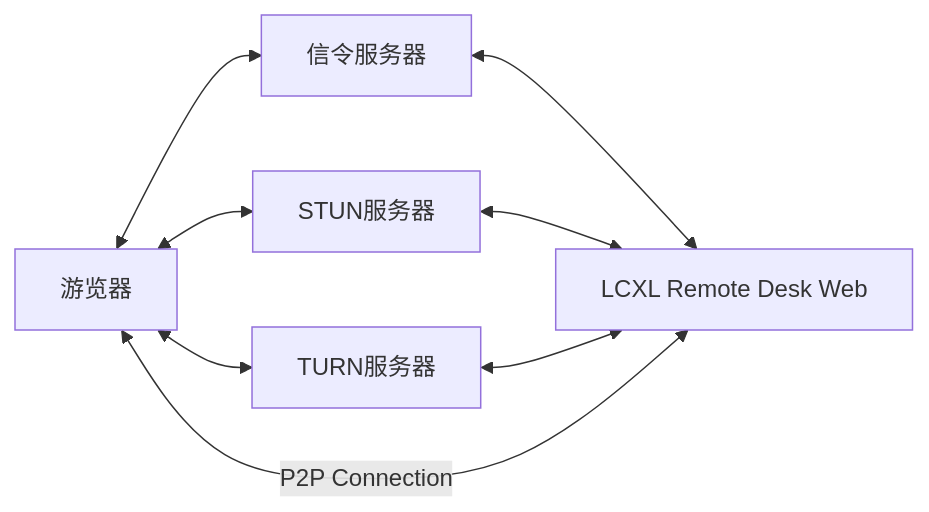
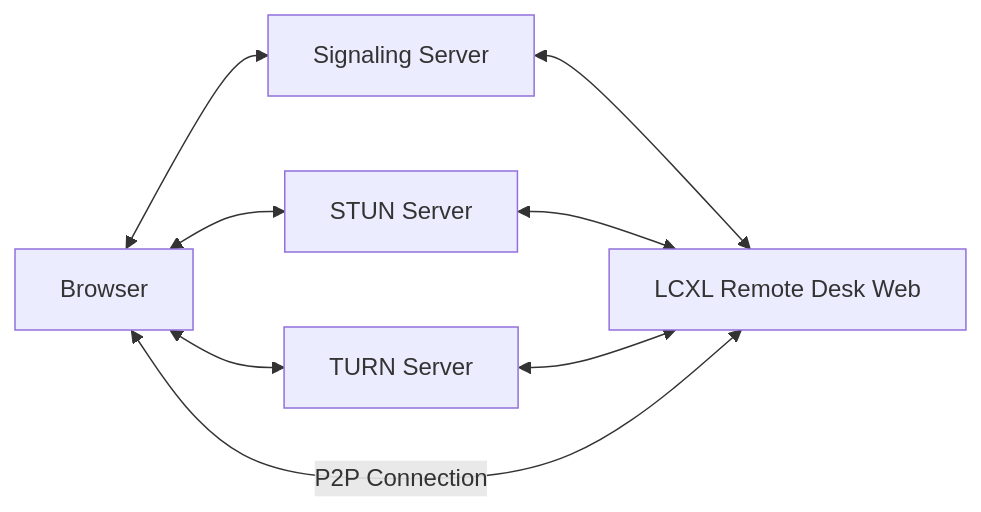
The diagram in README.md (lcxl-remote/lcxl-remote-desk-web), drawn with Mermaid before and after one commit. The commit also changed other lines of this file and 4 other files, not shown here.

````diff
--- a/README.md
+++ b/README.md
@@ -69,8 +72,8 @@
 ```mermaid
 graph LR
-    browser[游览器]<-->SignalingServer[信令服务器]
+    browser[Browser]<-->SignalingServer[Signaling Server]
     SignalingServer<-->desk[LCXL Remote Desk Web]
-    browser<-->stun[STUN服务器]<-->desk
-    browser<-->turn[TURN服务器]<-->desk
+    browser<-->stun[STUN Server]<-->desk
+    browser<-->turn[TURN Server]<-->desk
     browser<--P2P Connection-->desk
 ```
````
